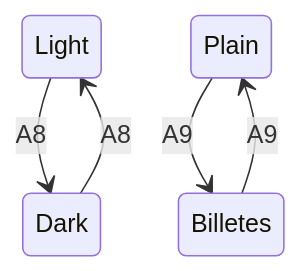
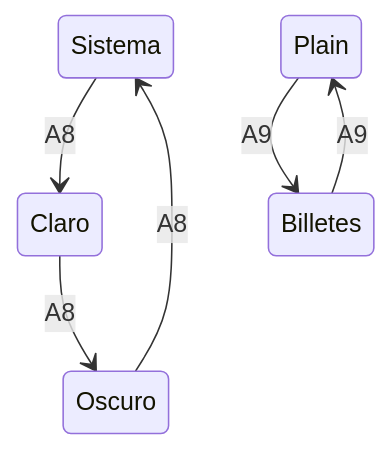
The ninth of 9 diagrams in docs/designpowers/2026-09-17-navigator-redesign/02-wireframes.md (elranu/enquelagastan), drawn with Mermaid before and after one commit. The commit also changed other lines of this file and 1 other file, not shown here.

````diff
--- a/docs/designpowers/2026-09-17-navigator-redesign/02-wireframes.md
+++ b/docs/designpowers/2026-09-17-navigator-redesign/02-wireframes.md
@@ -434,7 +436,8 @@
 ```mermaid
 stateDiagram-v2
-  Light --> Dark: A8
-  Dark --> Light: A8
+  Sistema --> Claro: A8
+  Claro --> Oscuro: A8
+  Oscuro --> Sistema: A8
   Plain --> Billetes: A9
   Billetes --> Plain: A9
 ```
````
